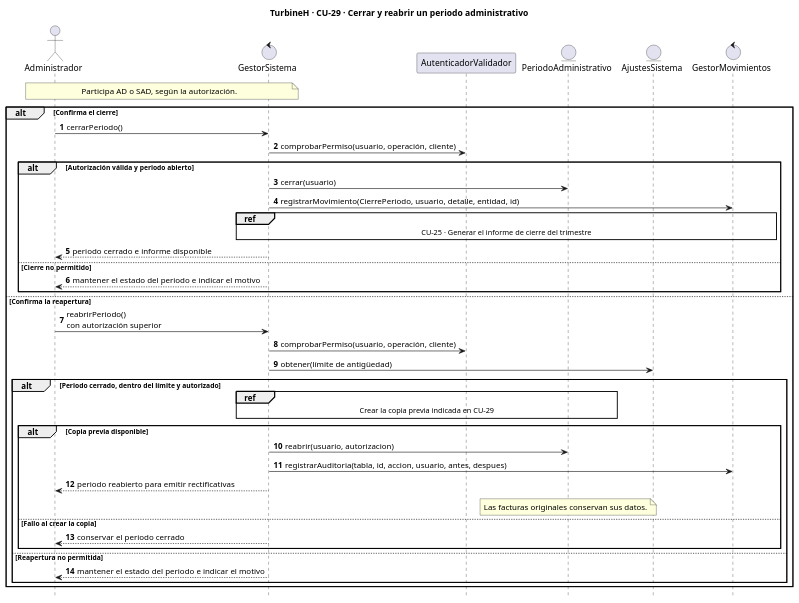
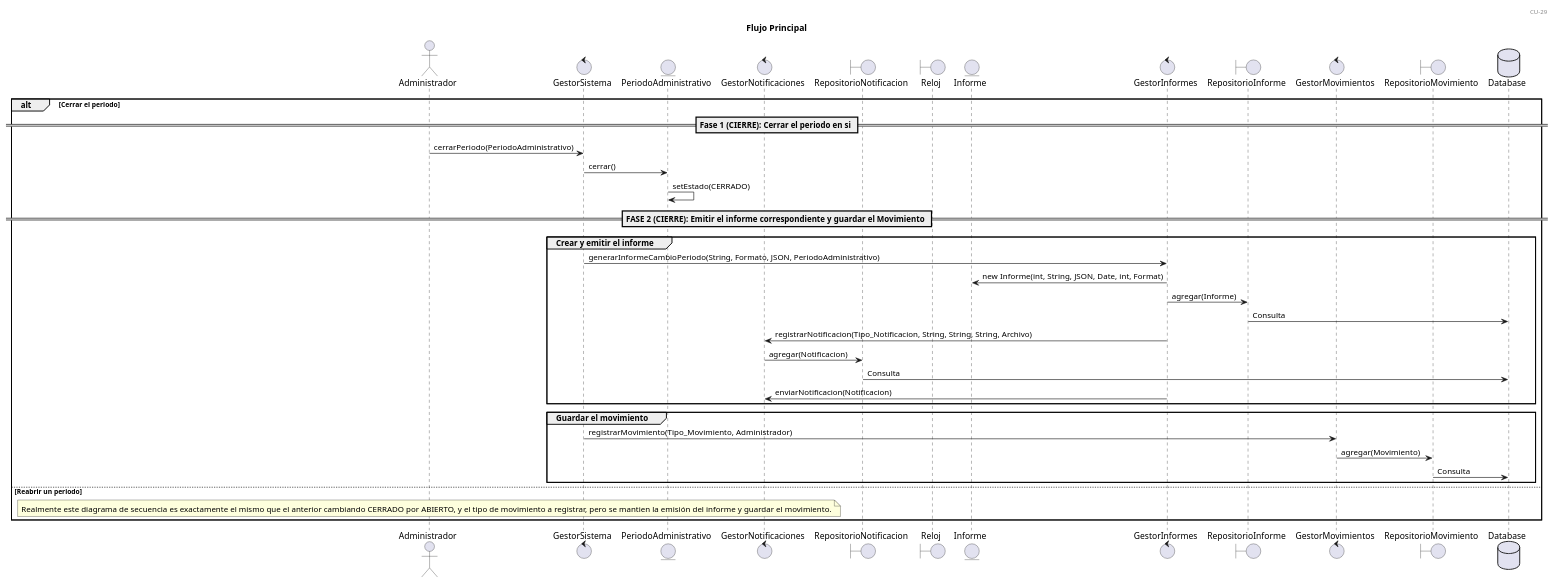
Before and after one commit to Vertossse/Elefantes: the diagram in entrega2/diagramas/secuencias/CU-29.puml, drawn with PlantUML. The commit also changed 9 other files, not shown here.

```diff
--- a/entrega2/diagramas/secuencias/CU-29.puml
+++ b/entrega2/diagramas/secuencias/CU-29.puml
@@ -1,44 +1,47 @@
-@startuml 06-cierre-y-reapertura-de-periodo
-title TurbineH · CU-29 · Cerrar y reabrir un periodo administrativo
-skinparam shadowing false
-hide footbox
-autonumber
+@startuml
 
-actor Administrador as U
-control GestorSistema as G
-participant AutenticadorValidador as A
-entity PeriodoAdministrativo as P
-entity AjustesSistema as C
-control GestorMovimientos as M
+header CU-29 
+title Flujo Principal 
+actor Administrador
+control GestorSistema 
+entity PeriodoAdministrativo
+database Database
+control GestorNotificaciones
+boundary RepositorioNotificacion
+boundary Reloj 
+entity Informe 
+control GestorInformes 
+boundary RepositorioInforme
+control GestorMovimientos
+boundary RepositorioMovimiento
+alt Cerrar el periodo
+== Fase 1 (CIERRE): Cerrar el periodo en si == 
+Administrador -> GestorSistema : cerrarPeriodo(PeriodoAdministrativo)
+GestorSistema -> PeriodoAdministrativo : cerrar()
+PeriodoAdministrativo -> PeriodoAdministrativo : setEstado(CERRADO)
 
-note over U, G : Participa AD o SAD, según la autorización.
-alt Confirma el cierre
-  U -> G : cerrarPeriodo()
-  G -> A : comprobarPermiso(usuario, operación, cliente)
-  alt Autorización válida y periodo abierto
-    G -> P : cerrar(usuario)
-    G -> M : registrarMovimiento(CierrePeriodo, usuario, detalle, entidad, id)
-    ref over G, M : CU-25 · Generar el informe de cierre del trimestre
-    G --> U : periodo cerrado e informe disponible
-  else Cierre no permitido
-    G --> U : mantener el estado del periodo e indicar el motivo
-  end
-else Confirma la reapertura
-  U -> G : reabrirPeriodo()\ncon autorización superior
-  G -> A : comprobarPermiso(usuario, operación, cliente)
-  G -> C : obtener(límite de antigüedad)
-  alt Periodo cerrado, dentro del límite y autorizado
-    ref over G, P : Crear la copia previa indicada en CU-29
-    alt Copia previa disponible
-      G -> P : reabrir(usuario, autorizacion)
-      G -> M : registrarAuditoria(tabla, id, accion, usuario, antes, despues)
-      G --> U : periodo reabierto para emitir rectificativas
-      note over P : Las facturas originales conservan sus datos.
-    else Fallo al crear la copia
-      G --> U : conservar el periodo cerrado
-    end
-  else Reapertura no permitida
-    G --> U : mantener el estado del periodo e indicar el motivo
-  end
-end
-@enduml
+== FASE 2 (CIERRE): Emitir el informe correspondiente y guardar el Movimiento ==
+group Crear y emitir el informe 
+GestorSistema -> GestorInformes : generarInformeCambioPeriodo(String, Formato, JSON, PeriodoAdministrativo)
+GestorInformes -> Informe : new Informe(int,  String, JSON, Date, int, Format)
+GestorInformes -> RepositorioInforme : agregar(Informe)
+RepositorioInforme -> Database : Consulta 
+GestorInformes -> GestorNotificaciones : registrarNotificacion(Tipo_Notificacion, String, String, String, Archivo)
+GestorNotificaciones -> RepositorioNotificacion : agregar(Notificacion)
+RepositorioNotificacion -> Database : Consulta
+GestorInformes -> GestorNotificaciones : enviarNotificacion(Notificacion) 
+end group 
+
+group Guardar el movimiento 
+GestorSistema -> GestorMovimientos : registrarMovimiento(Tipo_Movimiento, Administrador)
+GestorMovimientos -> RepositorioMovimiento : agregar(Movimiento)
+RepositorioMovimiento -> Database : Consulta 
+end group 
+
+else Reabrir un periodo 
+note over Administrador
+Realmente este diagrama de secuencia es exactamente el mismo que el anterior cambiando CERRADO por ABIERTO, y el tipo de movimiento a registrar, pero se mantien la emisión del informe y guardar el movimiento.
+end note
+end 
+database Database 
+@enduml 
```
